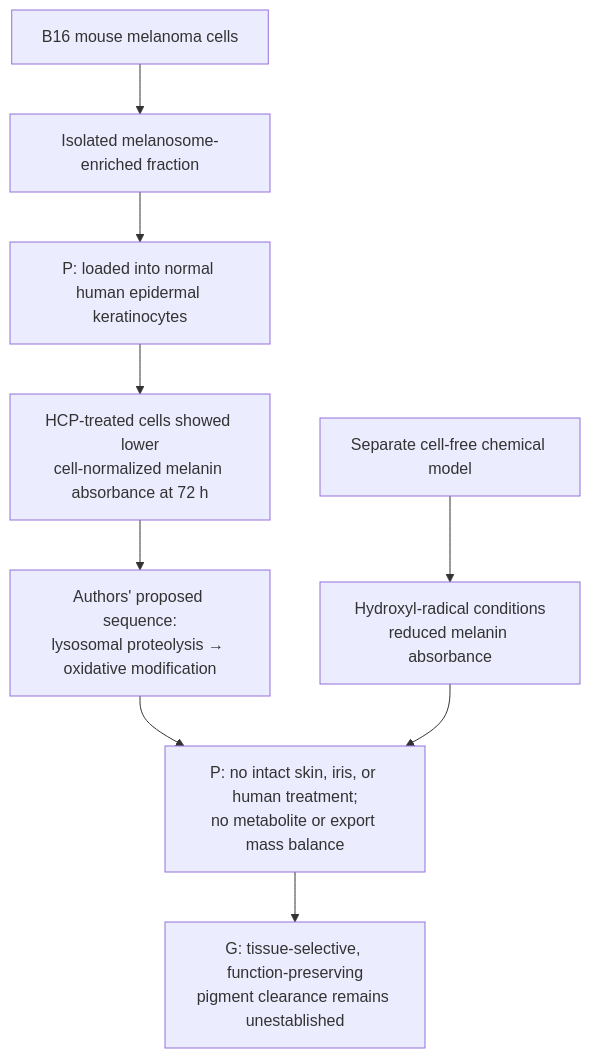
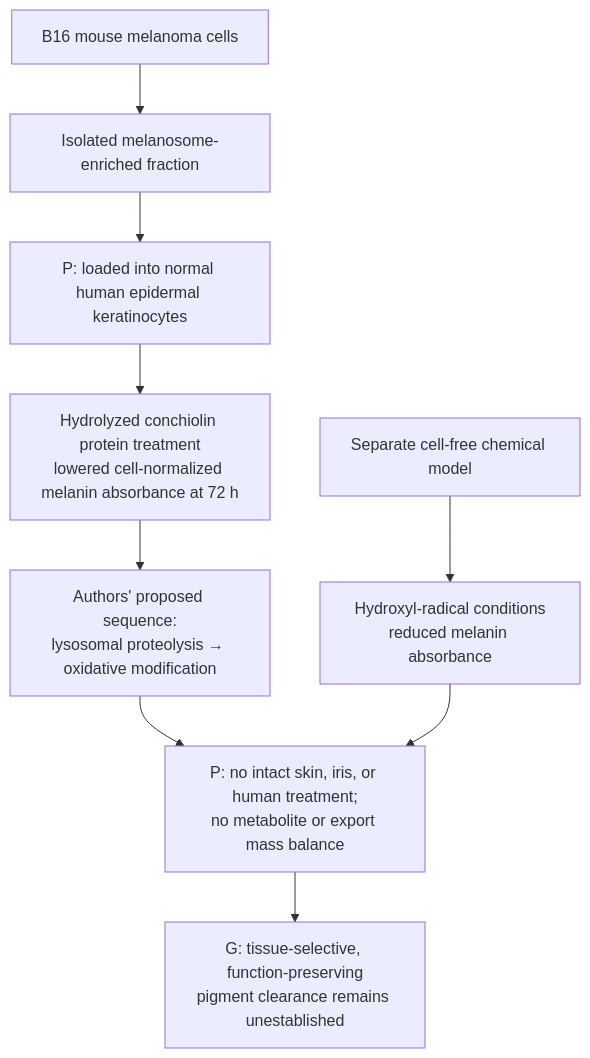
The seventh of 24 diagrams in research/tissue-pigment-atlas.md (dylanstechmann/iris-color-without-contacts), drawn with Mermaid before and after one commit. The commit also changed other lines of this file, not shown here.

Commit message:
Clarify 2026 melanin degradation model

````diff
--- a/research/tissue-pigment-atlas.md
+++ b/research/tissue-pigment-atlas.md
@@ -175,11 +175,11 @@
 ```mermaid
 flowchart TD
     B["B16 mouse melanoma cells"] --> F["Isolated melanosome-enriched fraction"]
     F --> K["P: loaded into normal human epidermal keratinocytes"]
-    K --> H["HCP-treated cells showed lower<br/>cell-normalized melanin absorbance at 72 h"]
+    K --> H["Hydrolyzed conchiolin protein treatment<br/>lowered cell-normalized melanin absorbance at 72 h"]
     H --> M["Authors' proposed sequence:<br/>lysosomal proteolysis → oxidative modification"]
     X["Separate cell-free chemical model"] --> R["Hydroxyl-radical conditions<br/>reduced melanin absorbance"]
     M --> L["P: no intact skin, iris, or human treatment;<br/>no metabolite or export mass balance"]
     R --> L
     L --> G["G: tissue-selective, function-preserving<br/>pigment clearance remains unestablished"]
 ```
````
